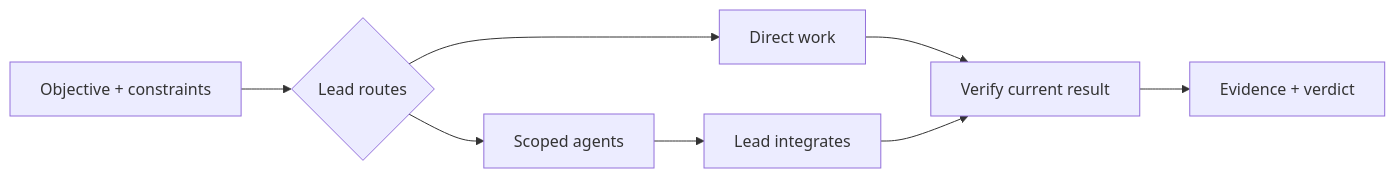
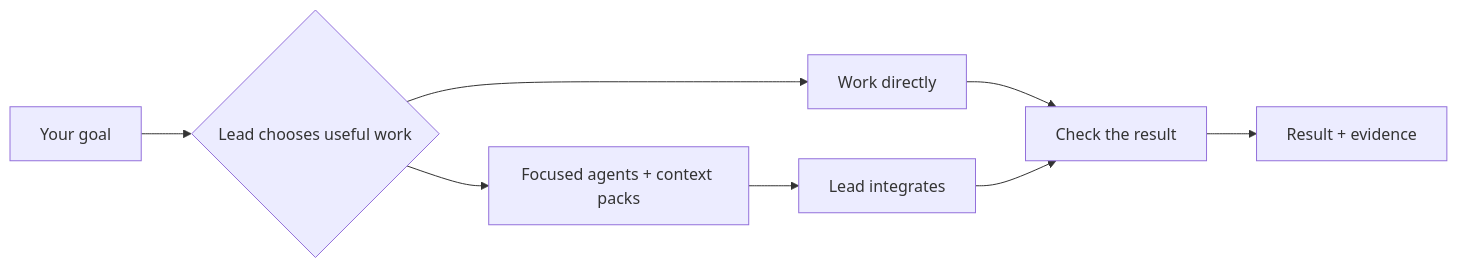
One commit to byensitmagnus/agent-mission-control changed the diagram in README.md. Above: the diagram before and after it, drawn with Mermaid. The commit also changed other lines of this file and 44 other files, not shown here.

````diff
--- a/README.md
+++ b/README.md
@@ -31,10 +63,10 @@
 ```mermaid
 flowchart LR
-    A["Objective + constraints"] --> B{"Lead routes"}
-    B --> C["Direct work"]
-    B --> D["Scoped agents"]
-    C --> E["Verify current result"]
-    D --> F["Lead integrates"]
-    F --> E
-    E --> G["Evidence + verdict"]
+  goal["Your goal"] --> lead{"Lead chooses useful work"}
+  lead --> direct["Work directly"]
+  lead --> focused["Focused agents + context packs"]
+  direct --> check["Check the result"]
+  focused --> integrate["Lead integrates"]
+  integrate --> check
+  check --> result["Result + evidence"]
 ```
````
